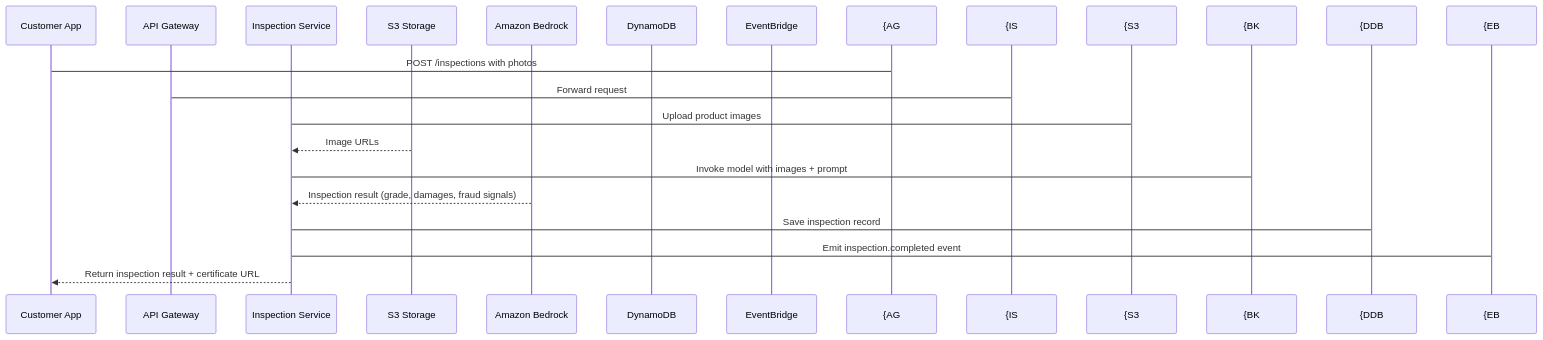
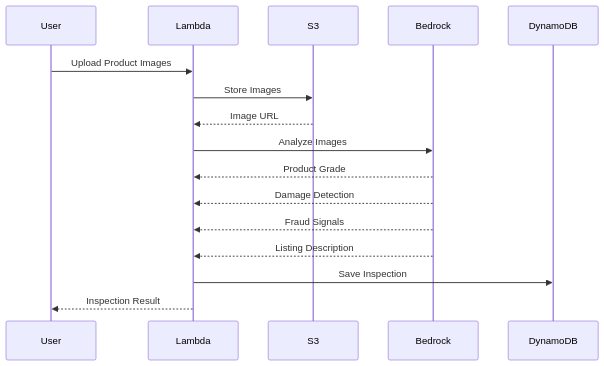
Before and after one commit to kavyarathod05/CircularCommerce: the third of 9 diagrams in docs/02_architecture_and_design/01_aws_architecture.md, drawn with Mermaid. The commit also changed other lines of this file and 6 other files, not shown here.

````diff
--- a/docs/02_architecture_and_design/01_aws_architecture.md
+++ b/docs/02_architecture_and_design/01_aws_architecture.md
@@ -141,20 +124,25 @@
 ```mermaid
 sequenceDiagram
-    participant C as Customer App
-    participant AG as API Gateway
-    participant IS as Inspection Service
-    participant S3 as S3 Storage
-    participant BK as Amazon Bedrock
-    participant DDB as DynamoDB
-    participant EB as EventBridge
 
-    C->{AG: POST /inspections with photos
-    AG->{IS: Forward request
-    IS->{S3: Upload product images
-    S3-->>IS: Image URLs
-    IS->{BK: Invoke model with images + prompt
-    BK-->>IS: Inspection result (grade, damages, fraud signals)
-    IS->{DDB: Save inspection record
-    IS->{EB: Emit inspection.completed event
-    IS-->>C: Return inspection result + certificate URL
+    participant User
+    participant Lambda
+    participant S3
+    participant Bedrock
+    participant DynamoDB
+
+    User->>Lambda: Upload Product Images
+
+    Lambda->>S3: Store Images
+    S3-->>Lambda: Image URL
+
+    Lambda->>Bedrock: Analyze Images
+
+    Bedrock-->>Lambda: Product Grade
+    Bedrock-->>Lambda: Damage Detection
+    Bedrock-->>Lambda: Fraud Signals
+    Bedrock-->>Lambda: Listing Description
+
+    Lambda->>DynamoDB: Save Inspection
+
+    Lambda-->>User: Inspection Result
 ```
````
